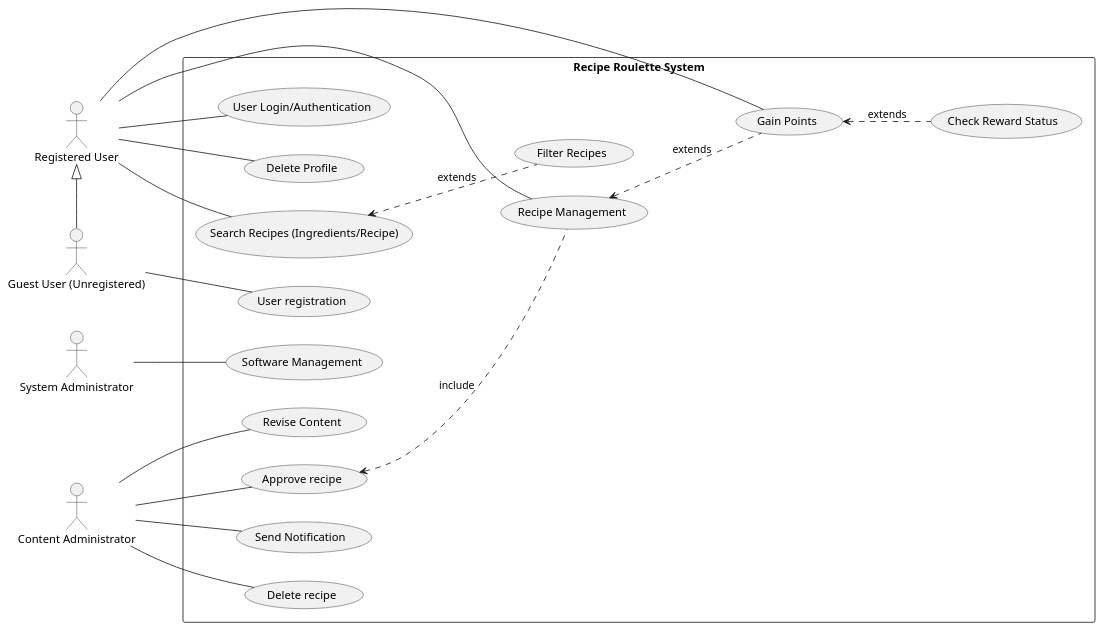
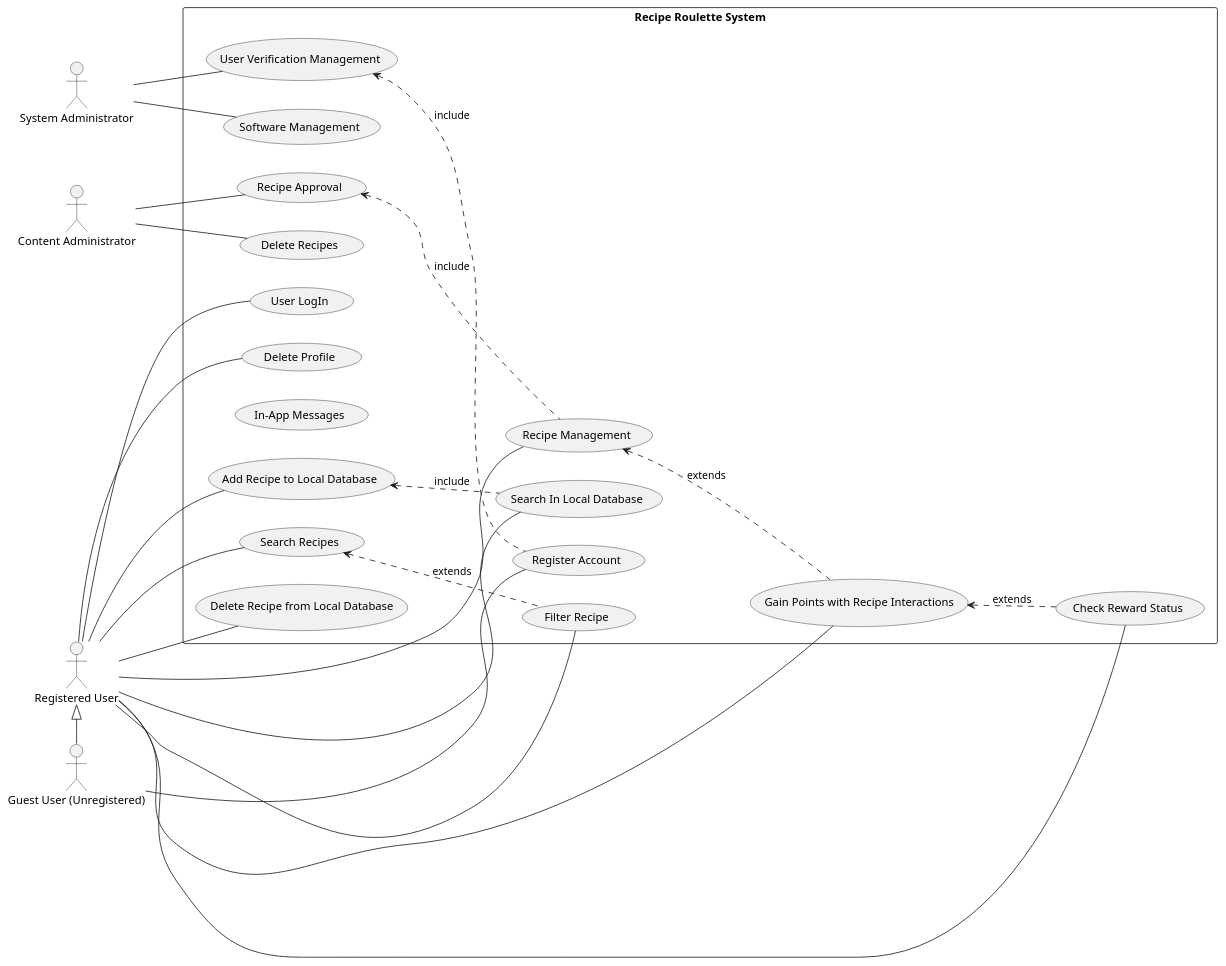
The diagram in DIAGRAMS/usecasediagram.puml (carmensat/RECIPE-ROULETTE), drawn with PlantUML before and after one commit.

```diff
--- a/DIAGRAMS/usecasediagram.puml
+++ b/DIAGRAMS/usecasediagram.puml
@@ -1,48 +1,54 @@
 @startuml
 left to right direction
 skinparam packageStyle rectangle
 
 actor "Guest User (Unregistered)" as Guest
 actor "Registered User" as Registered
 actor "System Administrator" as Admin
 actor "Content Administrator" as Cont
 
 rectangle "Recipe Roulette System" {
-	usecase "User registration" as UC1
-	usecase "User Login/Authentication" as UC2
-	usecase "Delete Profile" as UC3
-	usecase "Search Recipes (Ingredients/Recipe)" as UC4
-	usecase "Filter Recipes" as UC6
-        usecase "Recipe Management" as UC7
-	usecase "Gain Points" as UC8
-	usecase "Check Reward Status " as UC9
-	usecase "Software Management" as UC10
-	usecase "Approve recipe" as UC11
-	usecase "Send Notification " as UC12
-	usecase "Delete recipe" as UC13
-	usecase "Revise Content" as UC14
-
+    usecase "Register Account" as UC1
+    usecase "Search Recipes" as UC2
+    usecase "Recipe Management" as UC3
+    usecase "Gain Points with Recipe Interactions" as UC4
+    usecase "Add Recipe to Local Database" as UC5
+    usecase "Delete Recipe from Local Database" as UC6
+    usecase "Search In Local Database" as UC7
+    usecase "Recipe Approval" as UC8
+    usecase "Filter Recipe" as UC9
+    usecase "User Verification Management" as UC10
+    usecase "Software Management" as UC11
+    usecase "In-App Messages" as UC12
+    usecase "Check Reward Status" as UC13
+    usecase "User LogIn" as UC14
+    usecase "Delete Profile" as UC15
+    usecase "Delete Recipes" as UC16
 }
 
-
+Registered <|- Guest
 Guest -- UC1
-Registered <|- Guest
-
-Registered -- UC4
+Registered -- UC14
 Registered -- UC2
 Registered -- UC3
+Registered -- UC4
+Registered -- UC5
+Registered -- UC6
 Registered -- UC7
-Registered -- UC8
+Registered -- UC9
+Registered -- UC13
+Registered -- UC15
 
+Admin -- UC11
 Admin -- UC10
 
-Cont -- UC11
-Cont -- UC12
-Cont -- UC13
-Cont -- UC14
+Cont -- UC8
+Cont -- UC16
 
-UC6 .u.> UC4 : extends
-UC9 .u.> UC8 : extends
-UC7 .u.> UC11 : include
-UC8 .u.> UC7 : extends
+UC9 .u.> UC2 : extends
+UC4 .u.> UC3 : extends
+UC7 .u.> UC5 : include
+UC3 .u.> UC8 : include
+UC13 .u.> UC4 : extends
+UC1 .u.> UC10 : include
 @enduml
```
